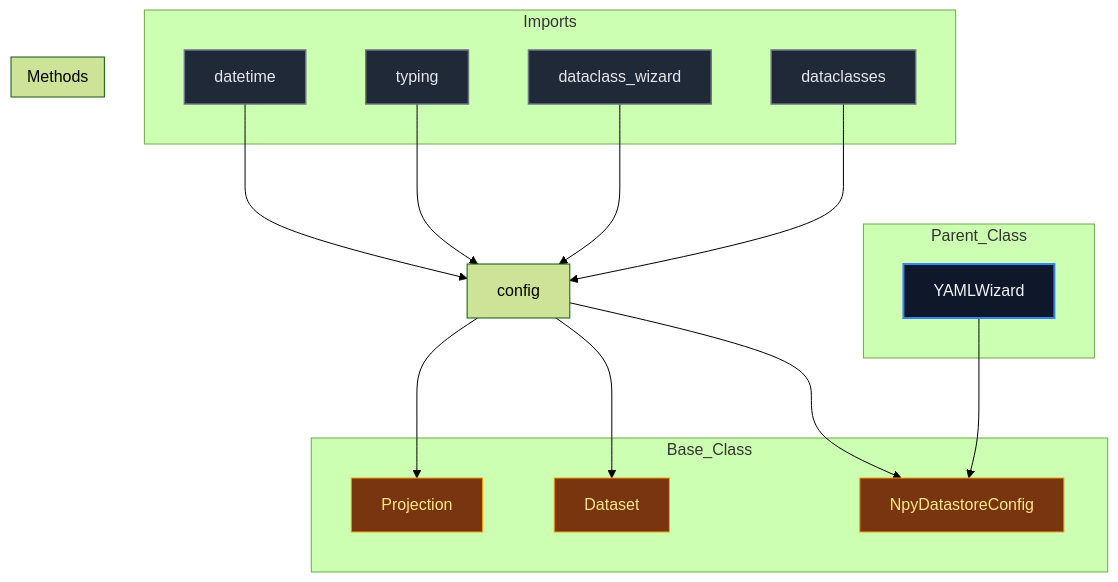
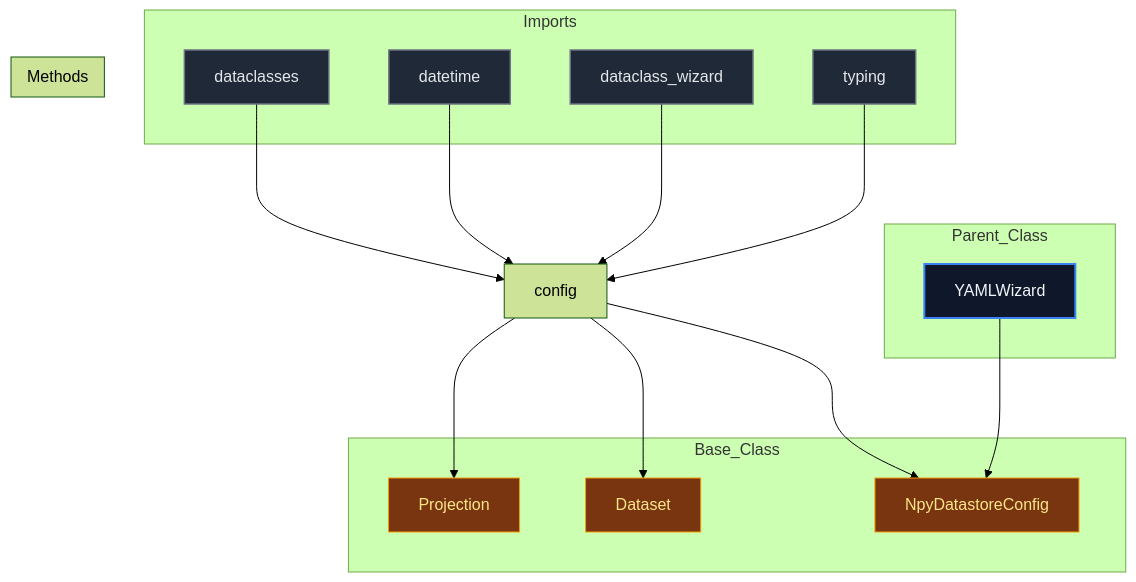
Before and after one commit to mllam/neural-lam: the diagram in docs/diagrams/config_diagram.md, drawn with Mermaid (forest theme). The commit also changed 18 other files, not shown here.

Commit message:
Auto-update Mermaid diagrams

````diff
--- a/docs/diagrams/config_diagram.md
+++ b/docs/diagrams/config_diagram.md
@@ -1,47 +1,47 @@
 ```mermaid
 %%{init: {'flowchart': {'nodeSpacing': 60, 'rankSpacing': 80}}}%%
 flowchart TD
 
 module["config"]
 
 subgraph Parent_Class
     YAMLWizard["YAMLWizard"]
 end
 
 subgraph Base_Class
     Projection["Projection"]
     Dataset["Dataset"]
     NpyDatastoreConfig["NpyDatastoreConfig"]
 end
 
     YAMLWizard --> NpyDatastoreConfig
 
 subgraph Imports
+    typing["typing"]
+    dataclass_wizard["dataclass_wizard"]
+    datetime["datetime"]
     dataclasses["dataclasses"]
-    dataclass_wizard["dataclass_wizard"]
-    typing["typing"]
-    datetime["datetime"]
 end
 
+    typing --> module
+    dataclass_wizard --> module
+    datetime --> module
     dataclasses --> module
-    dataclass_wizard --> module
-    typing --> module
-    datetime --> module
     module --> Projection
     module --> Dataset
     module --> NpyDatastoreConfig
 
 subgraph Methods
 end
 
 
 classDef parent fill:#0f172a,stroke:#3b82f6,stroke-width:2px,color:#f1f5f9,font-size:16px
 classDef base fill:#78350f,stroke:#f59e0b,stroke-width:1px,color:#fde68a,font-size:16px
 classDef import fill:#1f2937,stroke:#6b7280,stroke-width:1.5px,color:#e5e7eb,font-size:16px
 classDef method fill:#2d043f,stroke:#7c3aed,stroke-width:1.5px,color:#ede9fe,font-size:16px
 classDef callNode fill:#064e3b,stroke:#10b981,stroke-width:1.5px,color:#d1fae5,font-size:16px
 class YAMLWizard parent
 class Projection,Dataset,NpyDatastoreConfig base
-class dataclasses,dataclass_wizard,typing,datetime import
+class typing,dataclass_wizard,datetime,dataclasses import
 
 ```
````
